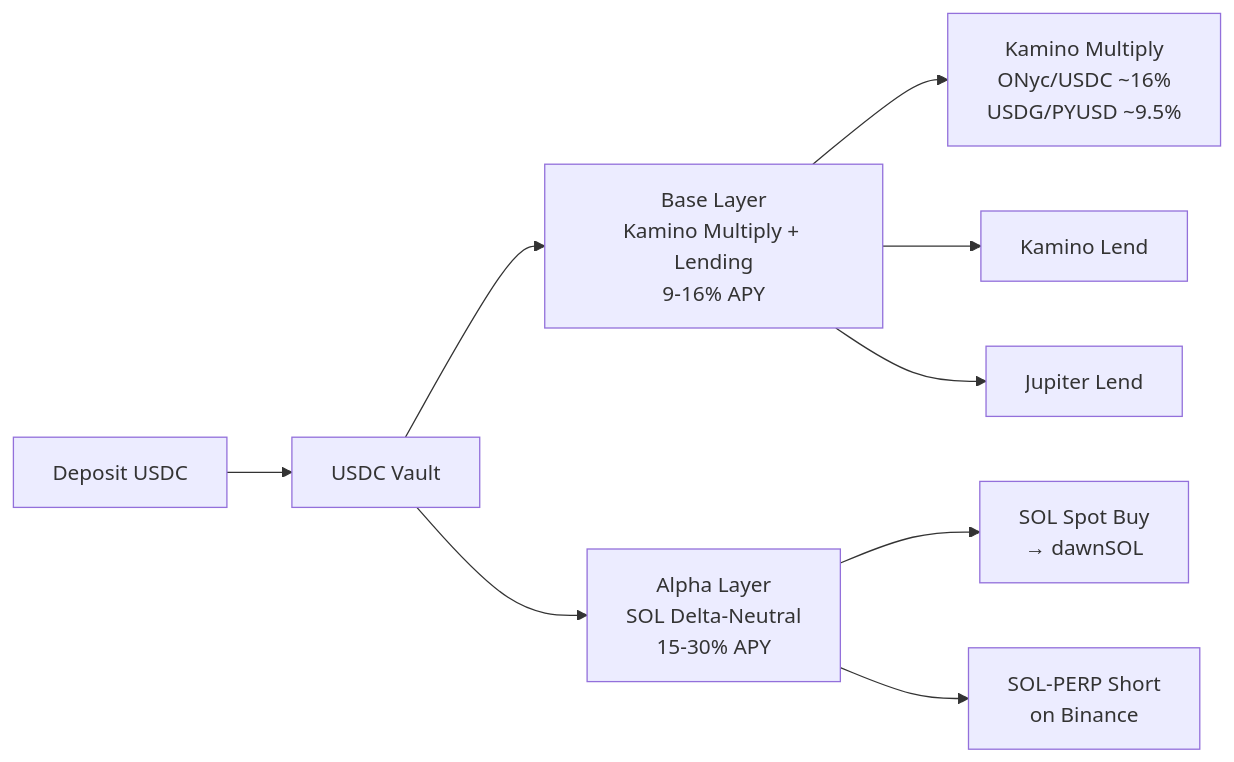
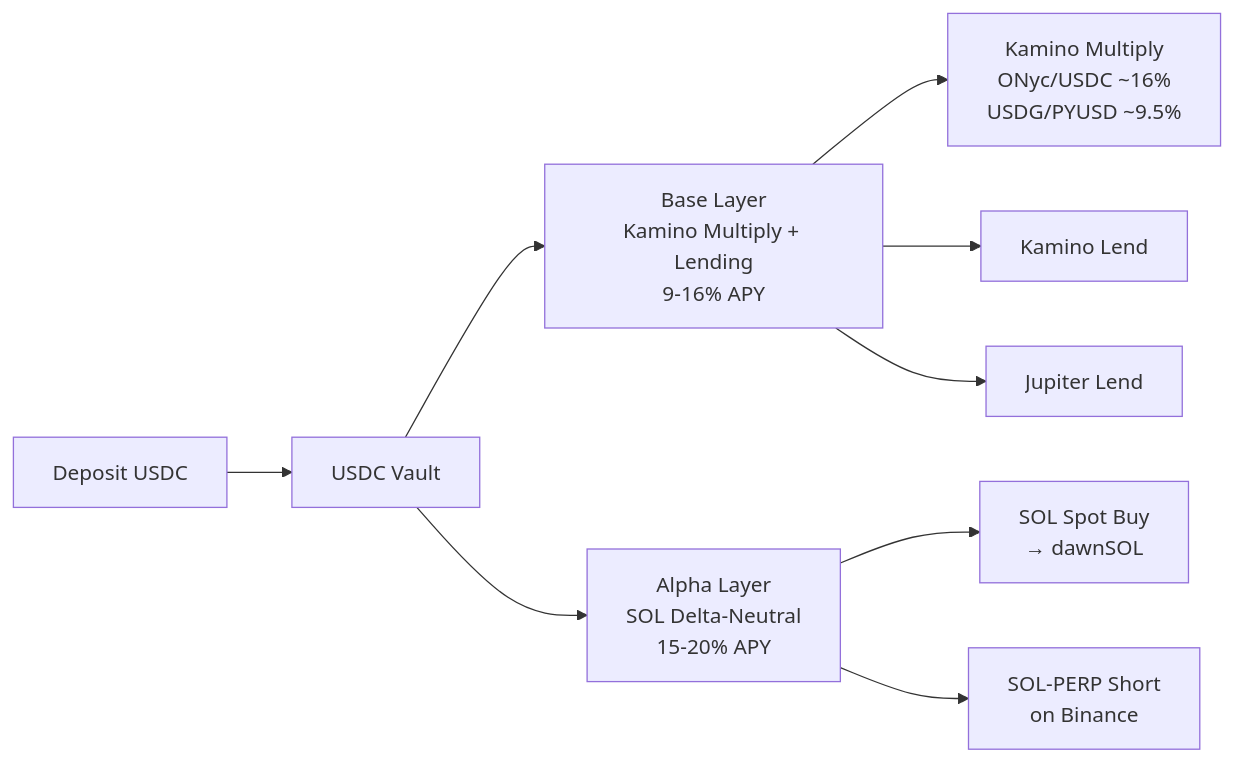
The diagram in vault/usdc-vault.md (DawnLabsTech/docs), drawn with Mermaid before and after one commit. The commit also changed other lines of this file and 7 other files, not shown here.

````diff
--- a/vault/usdc-vault.md
+++ b/vault/usdc-vault.md
@@ -20,11 +20,11 @@
 ```mermaid
 graph LR
     D[Deposit USDC] --> V[USDC Vault]
     V --> BL[Base Layer<br>Kamino Multiply + Lending<br>9-16% APY]
-    V --> AL[Alpha Layer<br>SOL Delta-Neutral<br>15-30% APY]
+    V --> AL[Alpha Layer<br>SOL Delta-Neutral<br>15-20% APY]
     BL --> KM[Kamino Multiply<br>ONyc/USDC ~16%<br>USDG/PYUSD ~9.5%]
     BL --> KL[Kamino Lend]
     BL --> JL[Jupiter Lend]
     AL --> SP[SOL Spot Buy<br>→ dawnSOL]
     AL --> SH[SOL-PERP Short<br>on Binance]
 ```
````
